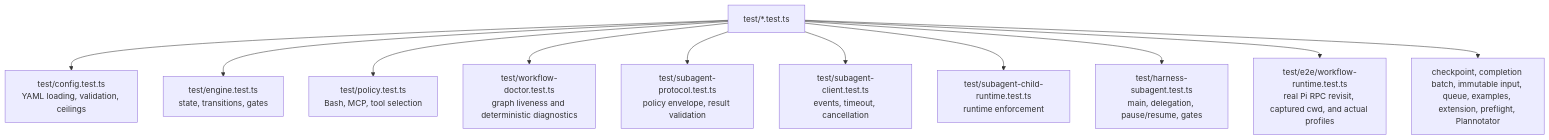
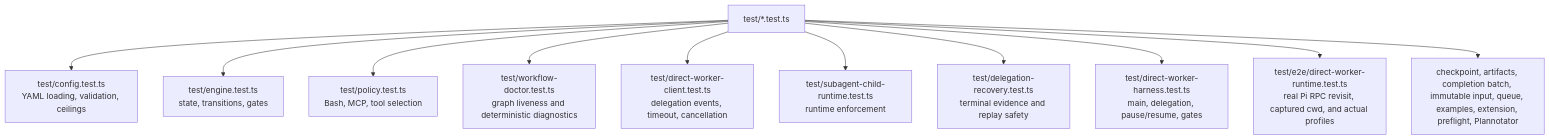
The second of 5 diagrams in openwiki/development/testing.md (wichayutdew/pi-workflows), drawn with Mermaid before and after one commit. The commit also changed other lines of this file and 16 other files, not shown here.

````diff
--- a/openwiki/development/testing.md
+++ b/openwiki/development/testing.md
@@ -23,14 +23,14 @@
 ```mermaid
 flowchart TD
   Tests[test/*.test.ts]
   Tests --> Config[test/config.test.ts<br/>YAML loading, validation, ceilings]
   Tests --> Engine[test/engine.test.ts<br/>state, transitions, gates]
   Tests --> Policy[test/policy.test.ts<br/>Bash, MCP, tool selection]
   Tests --> Doctor[test/workflow-doctor.test.ts<br/>graph liveness and deterministic diagnostics]
-  Tests --> Protocol[test/subagent-protocol.test.ts<br/>policy envelope, result validation]
-  Tests --> Client[test/subagent-client.test.ts<br/>events, timeout, cancellation]
+  Tests --> DirectClient[test/direct-worker-client.test.ts<br/>delegation events, timeout, cancellation]
   Tests --> Child[test/subagent-child-runtime.test.ts<br/>runtime enforcement]
-  Tests --> Harness[test/harness-subagent.test.ts<br/>main, delegation, pause/resume, gates]
-  Tests --> E2E[test/e2e/workflow-runtime.test.ts<br/>real Pi RPC revisit, captured cwd, and actual profiles]
-  Tests --> Misc[checkpoint, completion batch, immutable input, queue, examples, extension, preflight, Plannotator]
+  Tests --> Recovery[test/delegation-recovery.test.ts<br/>terminal evidence and replay safety]
+  Tests --> Harness[test/direct-worker-harness.test.ts<br/>main, delegation, pause/resume, gates]
+  Tests --> E2E[test/e2e/direct-worker-runtime.test.ts<br/>real Pi RPC revisit, captured cwd, and actual profiles]
+  Tests --> Misc[checkpoint, artifacts, completion batch, immutable input, queue, examples, extension, preflight, Plannotator]
 ```
````
